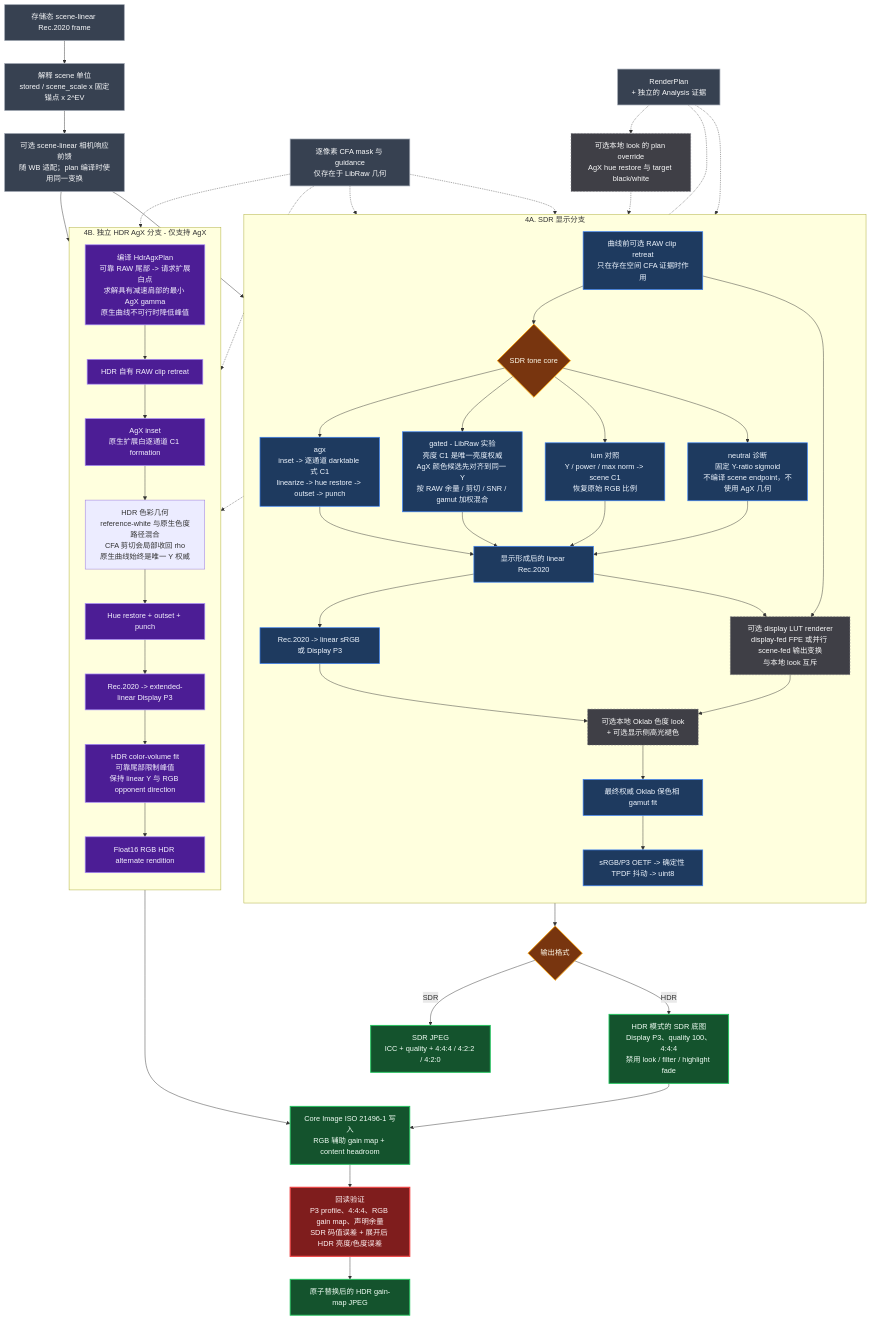
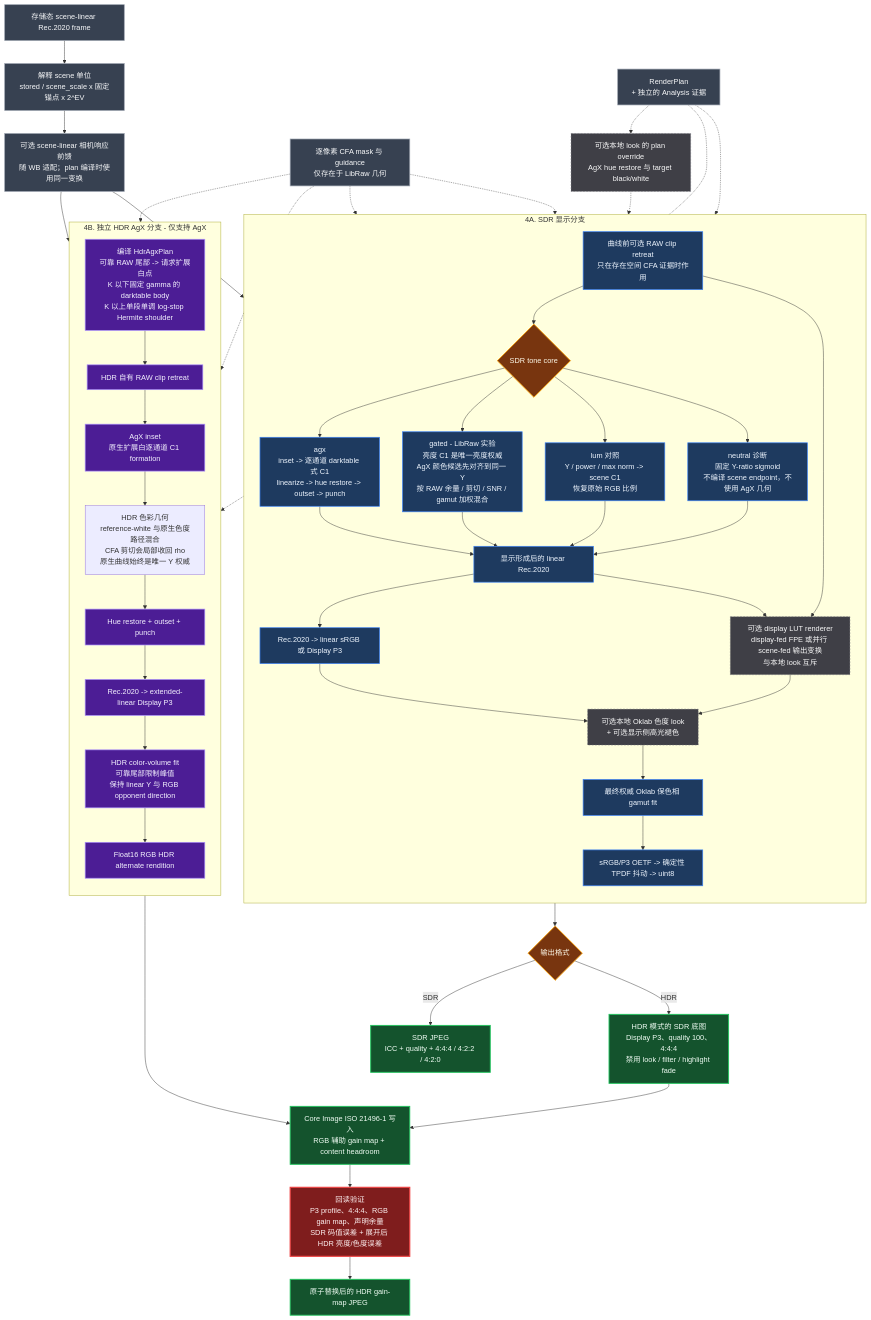
Before and after one commit to deadwood1998/dngscan: the second of 2 diagrams in README.zh-CN.md, drawn with Mermaid. The commit also changed other lines of this file and 13 other files, not shown here.

Commit message:
hdr: make the v2 shoulder contract explicit

```diff
--- a/README.zh-CN.md
+++ b/README.zh-CN.md
@@ -182,7 +182,7 @@
 
     subgraph HDR["4B. 独立 HDR AgX 分支 - 仅支持 AgX"]
         direction TB
-        HDRPLAN["编译 HdrAgxPlan<br/>可靠 RAW 尾部 -> 请求扩展白点<br/>求解具有减速肩部的最小 AgX gamma<br/>原生曲线不可行时降低峰值"]
+        HDRPLAN["编译 HdrAgxPlan<br/>可靠 RAW 尾部 -> 请求扩展白点<br/>K 以下固定 gamma 的 darktable body<br/>K 以上单段单调 log-stop Hermite shoulder"]
         HRETREAT["HDR 自有 RAW clip retreat"]
         HINSET["AgX inset<br/>原生扩展白逐通道 C1 formation"]
         PATH["HDR 色彩几何<br/>reference-white 与原生色度路径混合<br/>CFA 剪切会局部收回 rho<br/>原生曲线始终是唯一 Y 权威"]
```
